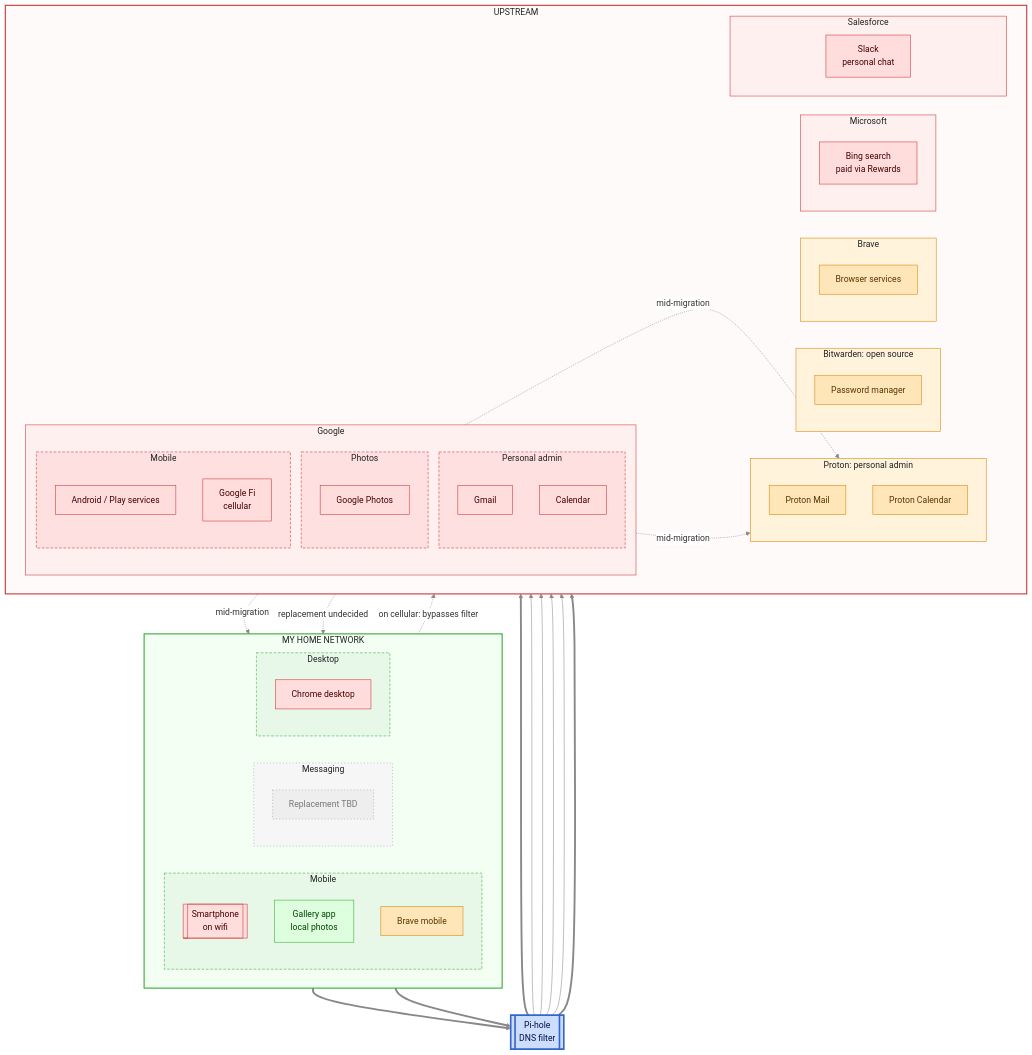
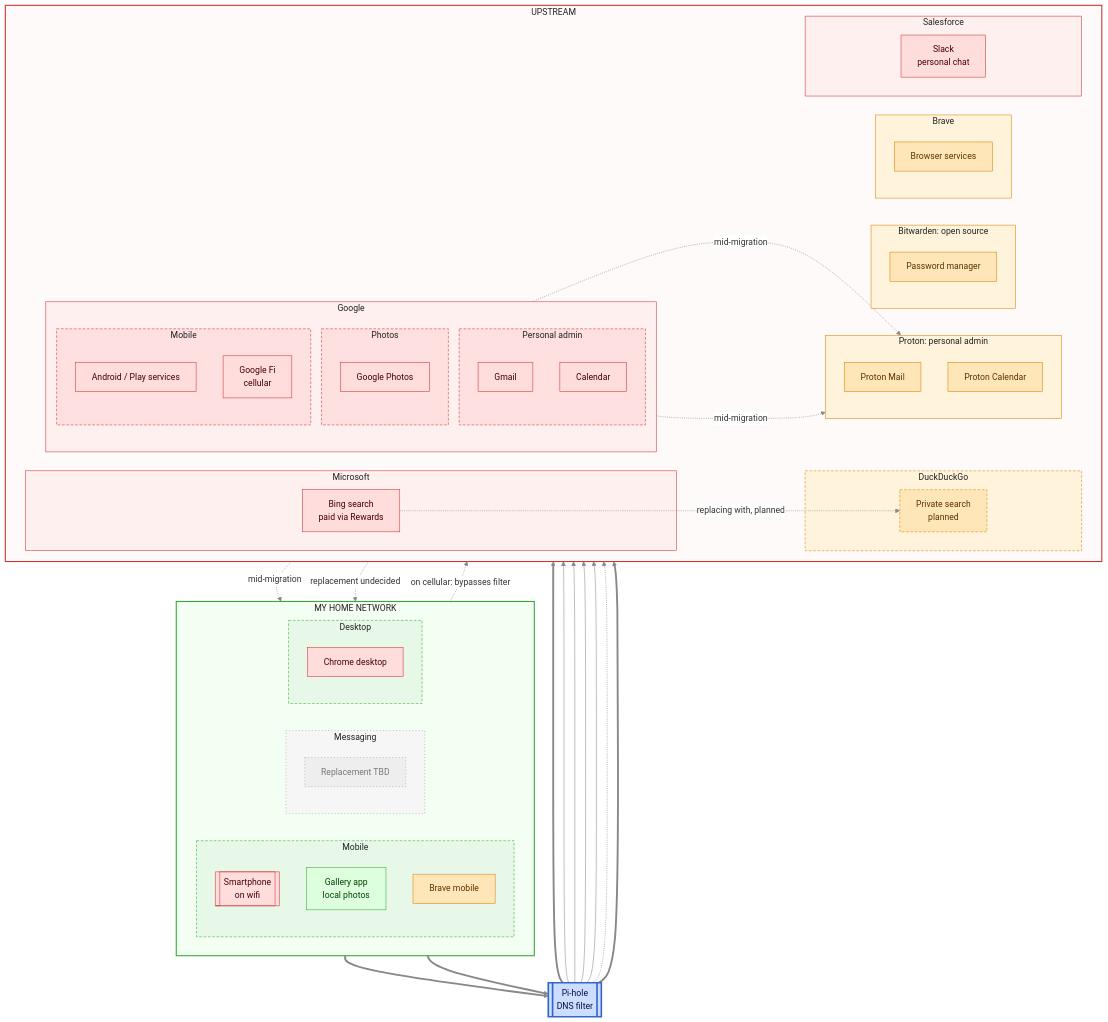
One commit to lowlydba/torch-the-tech changed the fourth of 5 diagrams in README.md. Above: the diagram before and after it, drawn with Mermaid. The commit also changed other lines of this file, not shown here.

Commit message:
Add DuckDuckGo as planned Bing replacement

```diff
--- a/README.md
+++ b/README.md
@@ -329,6 +329,10 @@
             bing[Bing search<br/>paid via Rewards]
         end
 
+        subgraph ddg["DuckDuckGo"]
+            ddgs[Private search<br/>planned]
+        end
+
         subgraph salesforce["Salesforce"]
             slack[Slack<br/>personal chat]
         end
@@ -341,6 +345,7 @@
     pihole --> bitwarden
     pihole --> brave
     pihole --> msft
+    pihole -.-> ddg
     pihole ==> salesforce
 
     pixel -. "on cellular: bypasses filter" .-> fi
@@ -348,6 +353,7 @@
     gcal -. "mid-migration" .-> pcal
     gphotos -. "mid-migration" .-> gallery
     slack -. "replacement undecided" .-> chatrep
+    bing -. "replacing with, planned" .-> ddgs
 
     classDef big fill:#fdd,stroke:#c33,color:#400
     classDef self fill:#dfd,stroke:#3a3,color:#040
@@ -356,7 +362,7 @@
     classDef gone fill:#eee,stroke:#999,stroke-dasharray: 2 4,color:#777
     class gmail,gcal,gapps,fi,gphotos,chrome,bing,slack big
     class chatrep gone
-    class pmail,pcal,bw,bravecloud,brave_m hosted
+    class pmail,pcal,bw,bravecloud,brave_m,ddgs hosted
     class gallery self
     class pixel big
     class pihole gate
@@ -371,6 +377,8 @@
     style bitwarden fill:#fff3dc,stroke:#d98200,color:#222
     style brave fill:#fff3dc,stroke:#d98200,color:#222
     style msft fill:#fff0f0,stroke:#c33,color:#222
+    style ddg fill:#fff3dc,stroke:#d98200,stroke-dasharray: 5 3,color:#222
+    style ddgs stroke-dasharray: 5 3
     style salesforce fill:#fff0f0,stroke:#c33,color:#222
     style tbd fill:#f6f6f6,stroke:#999,stroke-dasharray: 2 4,color:#222
     style g_photos fill:#ffe0e0,stroke:#c33,stroke-dasharray: 5 3,color:#222
```
